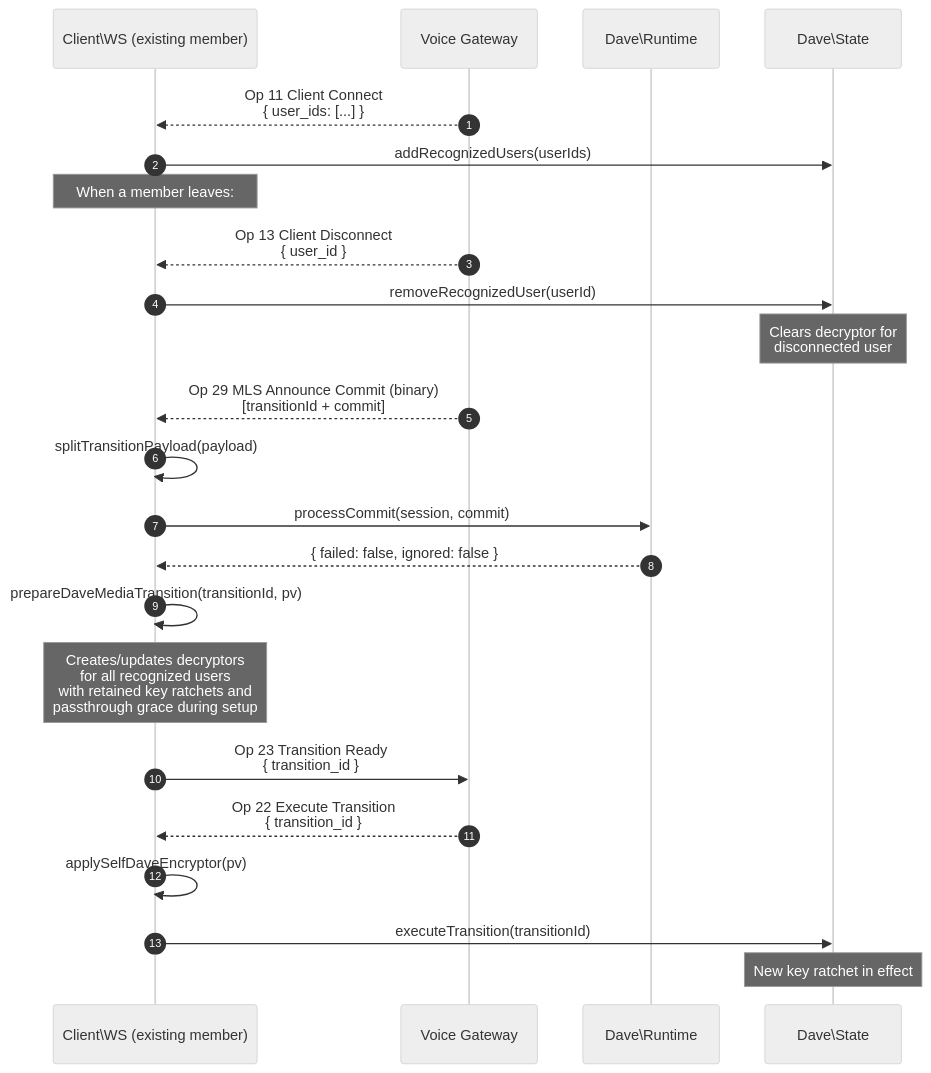
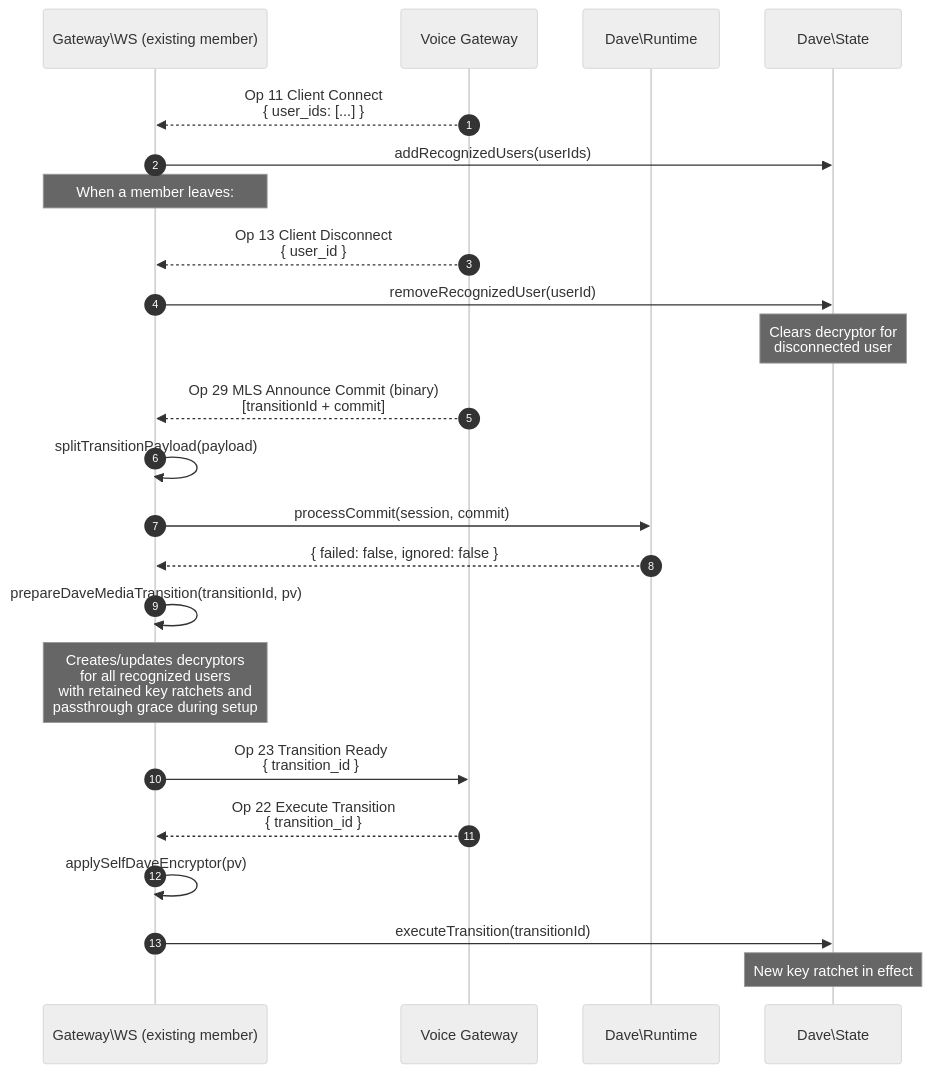
The fifth of 10 diagrams in docs/DAVE.md (discord-php/DiscordPHP-Voice), drawn with Mermaid (neutral theme) before and after one commit. The commit also changed other lines of this file and 73 other files, not shown here.

````diff
--- a/docs/DAVE.md
+++ b/docs/DAVE.md
@@ -222,29 +222,29 @@
 ```mermaid
 sequenceDiagram
     autonumber
-    participant WS as Client\WS (existing member)
+    participant WS as Gateway\WS (existing member)
     participant GW as Voice Gateway
     participant RT as Dave\Runtime
     participant ST as Dave\State
 
     GW-->>WS: Op 11 Client Connect<br/>{ user_ids: [...] }
     WS->>ST: addRecognizedUsers(userIds)
 
     Note over WS: When a member leaves:
     GW-->>WS: Op 13 Client Disconnect<br/>{ user_id }
     WS->>ST: removeRecognizedUser(userId)
     Note over ST: Clears decryptor for<br/>disconnected user
 
     GW-->>WS: Op 29 MLS Announce Commit (binary)<br/>[transitionId + commit]
     WS->>WS: splitTransitionPayload(payload)
     WS->>RT: processCommit(session, commit)
     RT-->>WS: { failed: false, ignored: false }
     WS->>WS: prepareDaveMediaTransition(transitionId, pv)
     Note over WS: Creates/updates decryptors<br/>for all recognized users<br/>with retained key ratchets and<br/>passthrough grace during setup
     WS->>GW: Op 23 Transition Ready<br/>{ transition_id }
 
     GW-->>WS: Op 22 Execute Transition<br/>{ transition_id }
     WS->>WS: applySelfDaveEncryptor(pv)
     WS->>ST: executeTransition(transitionId)
     Note over ST: New key ratchet in effect
 ```
````
